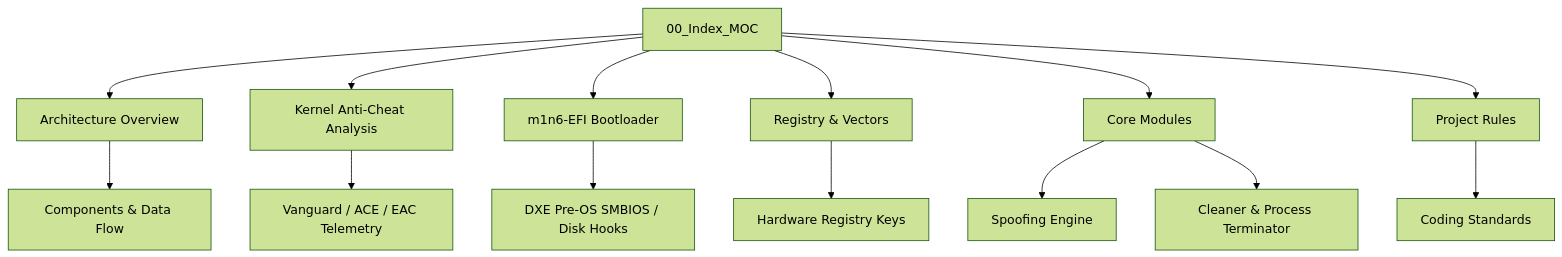
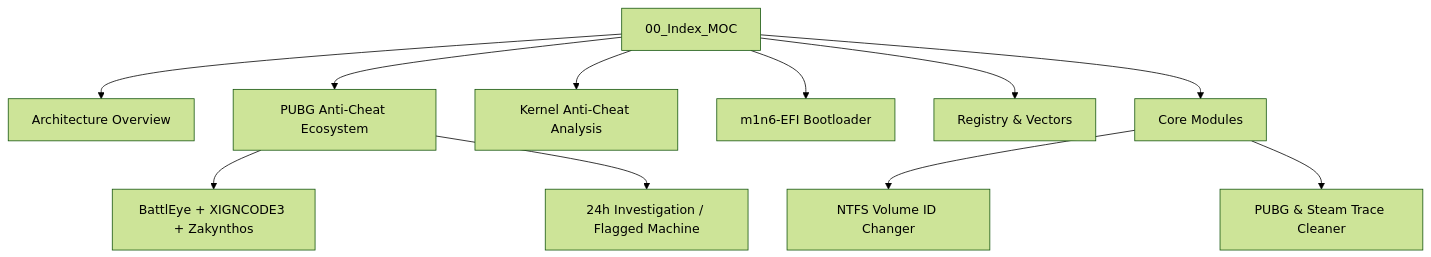
Before and after one commit to valzevox/m1n6-spoofy: the diagram in docs/00_Index_MOC.md, drawn with Mermaid (forest theme). The commit also changed other lines of this file and 6 other files, not shown here.

Commit message:
feat(pubg): add pubg & steam trace cleaner, volume id changer, and pubg anticheat ecosystem docs

````diff
--- a/docs/00_Index_MOC.md
+++ b/docs/00_Index_MOC.md
@@ -25,17 +26,14 @@
 ```mermaid
 graph TD
     MOC[00_Index_MOC] --> ARCH[Architecture Overview]
+    MOC --> PUBG[PUBG Anti-Cheat Ecosystem]
     MOC --> KERNEL[Kernel Anti-Cheat Analysis]
     MOC --> EFI[m1n6-EFI Bootloader]
     MOC --> REG[Registry & Vectors]
     MOC --> MOD[Core Modules]
-    MOC --> RULES[Project Rules]
 
-    KERNEL --> AC[Vanguard / ACE / EAC Telemetry]
-    EFI --> BOOT[DXE Pre-OS SMBIOS / Disk Hooks]
-    ARCH --> COMP[Components & Data Flow]
-    MOD --> SPOOF[Spoofing Engine]
-    MOD --> CLEAN[Cleaner & Process Terminator]
-    REG --> KEYS[Hardware Registry Keys]
-    RULES --> CODE[Coding Standards]
+    PUBG --> BE_XIGN_ZK[BattlEye + XIGNCODE3 + Zakynthos]
+    PUBG --> DELAY_BAN[24h Investigation / Flagged Machine]
+    MOD --> VOL[NTFS Volume ID Changer]
+    MOD --> CLEAN_PUBG[PUBG & Steam Trace Cleaner]
 ```
````
